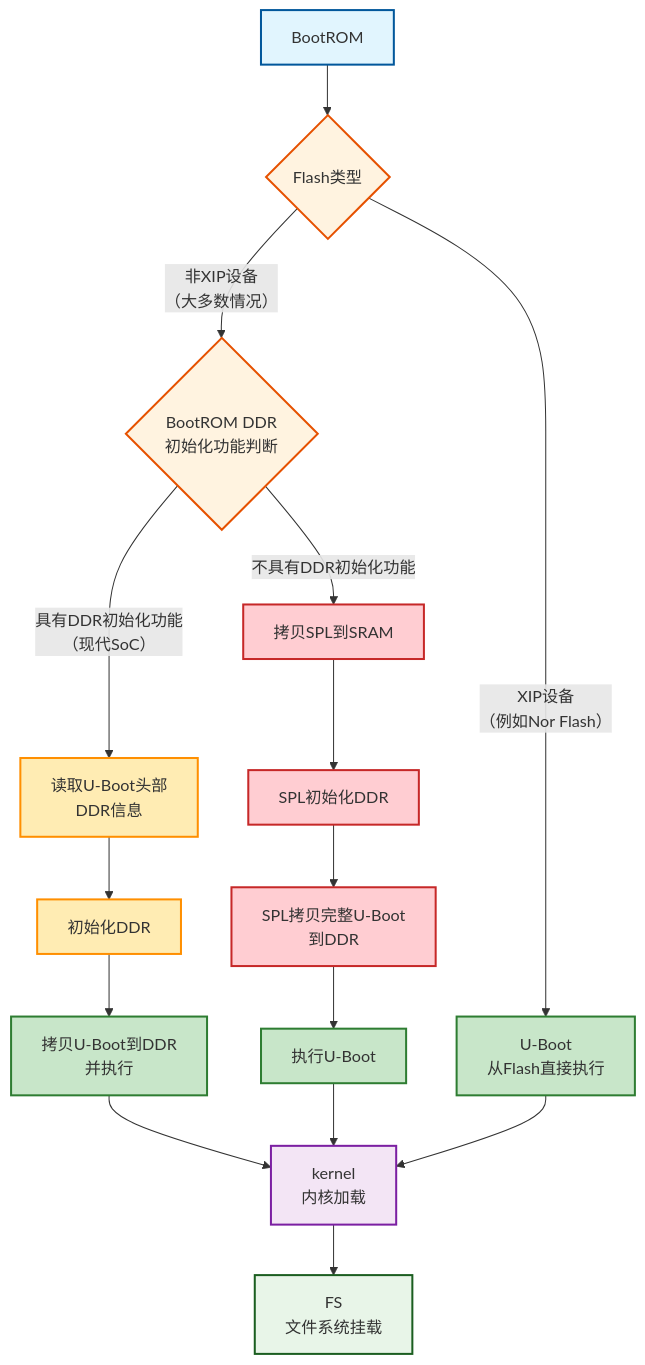
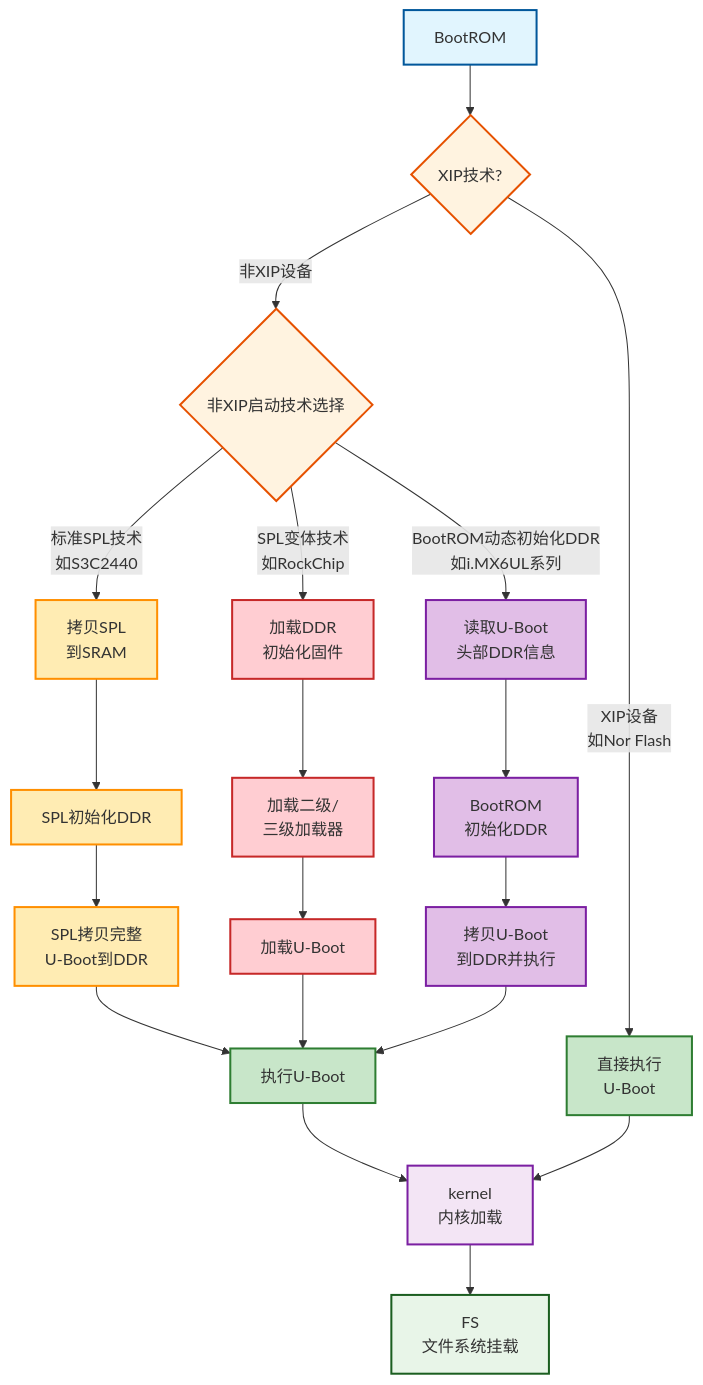
Before and after one commit to h13-0/Notebooks: the diagram in Linux内核原理及其开发/U-Boot/U-Boot.md, drawn with Mermaid. The commit also changed other lines of this file, not shown here.

Commit message:
vault backup: 2025-10-24 16:24:49

````diff
--- a/Linux内核原理及其开发/U-Boot/U-Boot.md
+++ b/Linux内核原理及其开发/U-Boot/U-Boot.md
@@ -76,38 +76,46 @@
 ```mermaid
 flowchart TD
-    A[BootROM] --> B{Flash类型}
+    A[BootROM] --> B{XIP技术?}
     
-    B -->|非XIP设备<br>（大多数情况）| C{BootROM DDR<br>初始化功能判断}
-    B -->|XIP设备<br>（例如Nor Flash）| D[U-Boot<br>从Flash直接执行]
+    B -->|非XIP设备| C{非XIP启动技术选择}
+    B -->|XIP设备<br>如Nor Flash| D[直接执行<br>U-Boot]
     
-    C -->|具有DDR初始化功能<br>（现代SoC）| E[读取U-Boot头部<br>DDR信息]
-    E --> F[初始化DDR]
-    F --> G[拷贝U-Boot到DDR<br>并执行]
+    C -->|标准SPL技术<br>如S3C2440| E[拷贝SPL<br>到SRAM]
+    E --> F[SPL初始化DDR]
+    F --> G[SPL拷贝完整<br>U-Boot到DDR]
+    G --> H[执行U-Boot]
     
-    C -->|不具有DDR初始化功能| H[拷贝SPL到SRAM]
-    H --> I[SPL初始化DDR]
-    I --> J[SPL拷贝完整U-Boot<br>到DDR]
-    J --> K[执行U-Boot]
+    C -->|SPL变体技术<br>如RockChip| I[加载DDR<br>初始化固件]
+    I --> J[加载二级/<br>三级加载器]
+    J --> K[加载U-Boot]
+    K --> H
     
-    G --> L[kernel<br>内核加载]
-    D --> L
-    K --> L
+    C -->|BootROM动态初始化DDR<br>如i.MX6UL系列| L[读取U-Boot<br>头部DDR信息]
+    L --> M[BootROM<br>初始化DDR]
+    M --> N[拷贝U-Boot<br>到DDR并执行]
+    N --> H
     
-    L --> M[FS<br>文件系统挂载]
+    H --> O[kernel<br>内核加载]
+    D --> O
+    
+    O --> P[FS<br>文件系统挂载]
     
     %% 样式美化
     style A fill:#e1f5fe,stroke:#01579b,stroke-width:2px
     style B fill:#fff3e0,stroke:#e65100,stroke-width:2px
     style C fill:#fff3e0,stroke:#e65100,stroke-width:2px
     style D fill:#c8e6c9,stroke:#2e7d32,stroke-width:2px
     style E fill:#ffecb3,stroke:#ff8f00,stroke-width:2px
     style F fill:#ffecb3,stroke:#ff8f00,stroke-width:2px
-    style G fill:#c8e6c9,stroke:#2e7d32,stroke-width:2px
-    style H fill:#ffcdd2,stroke:#c62828,stroke-width:2px
+    style G fill:#ffecb3,stroke:#ff8f00,stroke-width:2px
+    style H fill:#c8e6c9,stroke:#2e7d32,stroke-width:2px
     style I fill:#ffcdd2,stroke:#c62828,stroke-width:2px
     style J fill:#ffcdd2,stroke:#c62828,stroke-width:2px
-    style K fill:#c8e6c9,stroke:#2e7d32,stroke-width:2px
-    style L fill:#f3e5f5,stroke:#7b1fa2,stroke-width:2px
-    style M fill:#e8f5e8,stroke:#1b5e20,stroke-width:2px
+    style K fill:#ffcdd2,stroke:#c62828,stroke-width:2px
+    style L fill:#e1bee7,stroke:#7b1fa2,stroke-width:2px
+    style M fill:#e1bee7,stroke:#7b1fa2,stroke-width:2px
+    style N fill:#e1bee7,stroke:#7b1fa2,stroke-width:2px
+    style O fill:#f3e5f5,stroke:#7b1fa2,stroke-width:2px
+    style P fill:#e8f5e8,stroke:#1b5e20,stroke-width:2px
 
 ```
````
